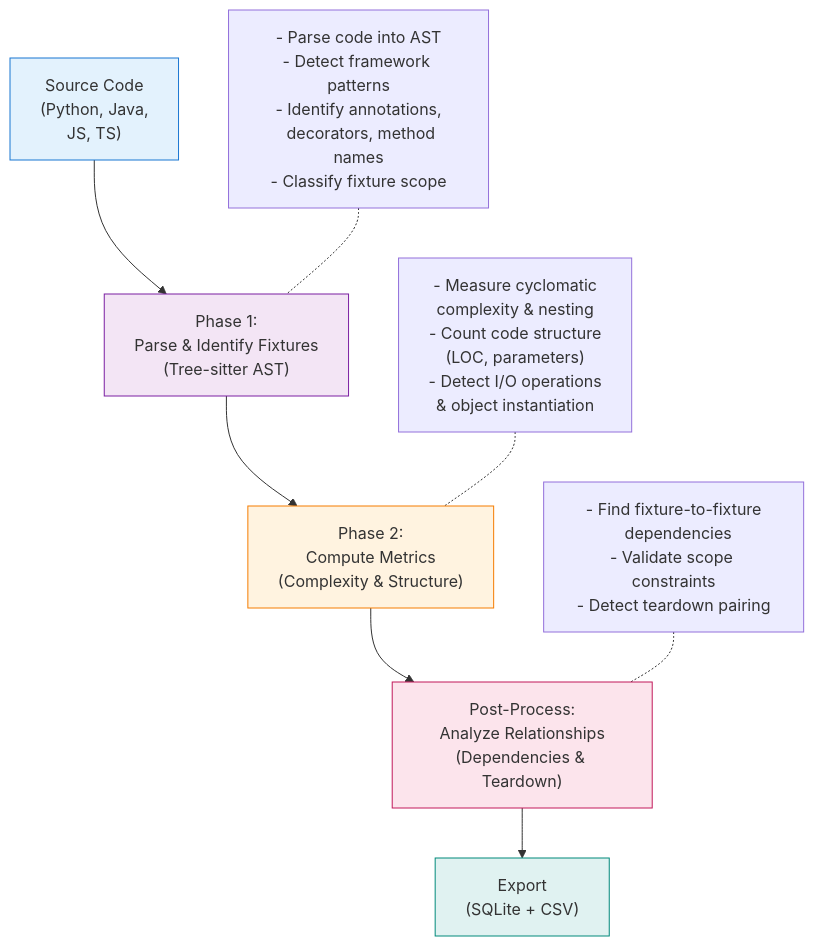
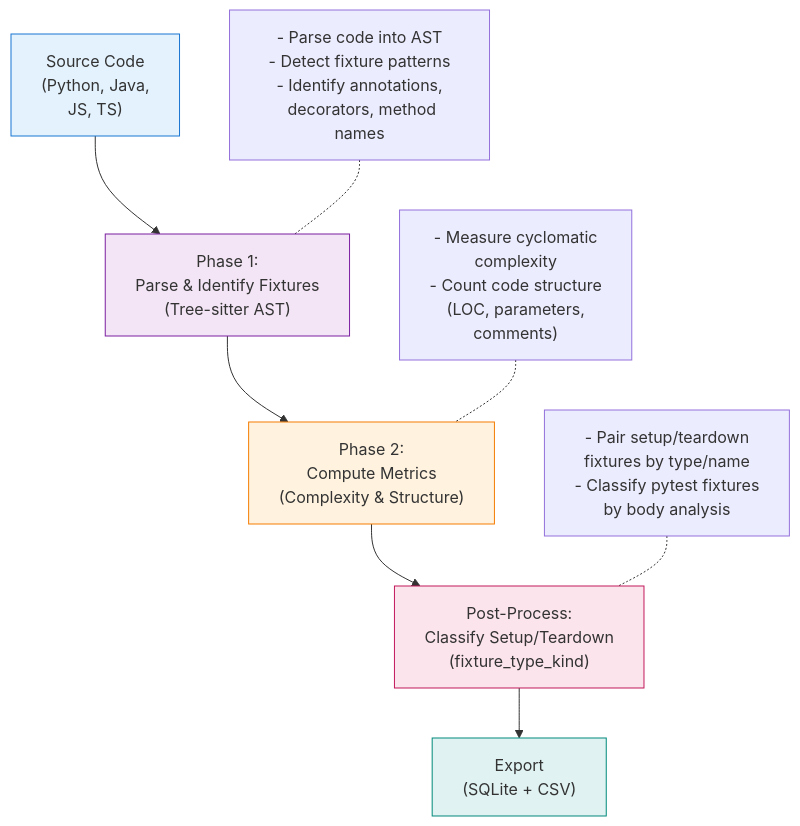
One commit to joaofix/fixturedb changed the diagram in docs/architecture/detection.md. Above: the diagram before and after it, drawn with Mermaid. The commit also changed other lines of this file and 10 other files, not shown here.

````diff
--- a/docs/architecture/detection.md
+++ b/docs/architecture/detection.md
@@ -100,16 +91,16 @@
 ```mermaid
 flowchart TB
     A["Source Code<br>(Python, Java,<br>JS, TS)"] --> B["Phase 1:<br>Parse &amp; Identify Fixtures<br>(Tree-sitter AST)"]
     B --> C["Phase 2:<br>Compute Metrics<br>(Complexity &amp; Structure)"]
-    C --> D["Post-Process:<br>Analyze Relationships<br>(Dependencies &amp; Teardown)"]
+    C --> D["Post-Process:<br>Classify Setup/Teardown<br>(fixture_type_kind)"]
     D --> E["Export<br>(SQLite + CSV)"]
-    B1["- Parse code into AST<br>- Detect framework patterns<br>- Identify annotations,<br>  decorators, method names<br>- Classify fixture scope"] -.- B
-    C1["- Measure cyclomatic<br>  complexity &amp; nesting<br>- Count code structure<br>  (LOC, parameters)<br>- Detect I/O operations<br>  &amp; object instantiation"] -.- C
-    D1["- Find fixture-to-fixture<br>  dependencies<br>- Validate scope constraints<br>- Detect teardown pairing"] -.- D
+    B1["- Parse code into AST<br>- Detect fixture patterns<br>- Identify annotations,<br>  decorators, method names"] -.- B
+    C1["- Measure cyclomatic<br>  complexity<br>- Count code structure<br>  (LOC, parameters,<br>  comments)"] -.- C
+    D1["- Pair setup/teardown<br>  fixtures by type/name<br>- Classify pytest fixtures<br>  by body analysis"] -.- D
 
     style A fill:#e3f2fd,stroke:#1976d2
     style B fill:#f3e5f5,stroke:#7b1fa2
     style C fill:#fff3e0,stroke:#f57c00
     style D fill:#fce4ec,stroke:#c2185b
     style E fill:#e0f2f1,stroke:#00897b
 ```
````
